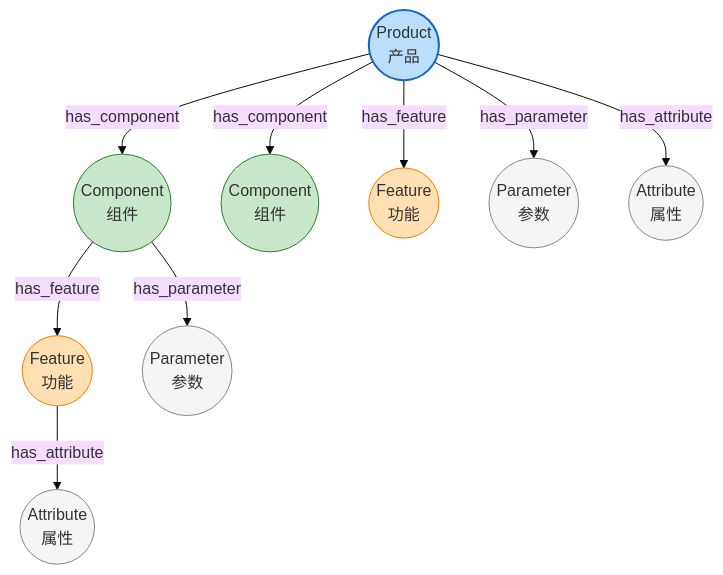
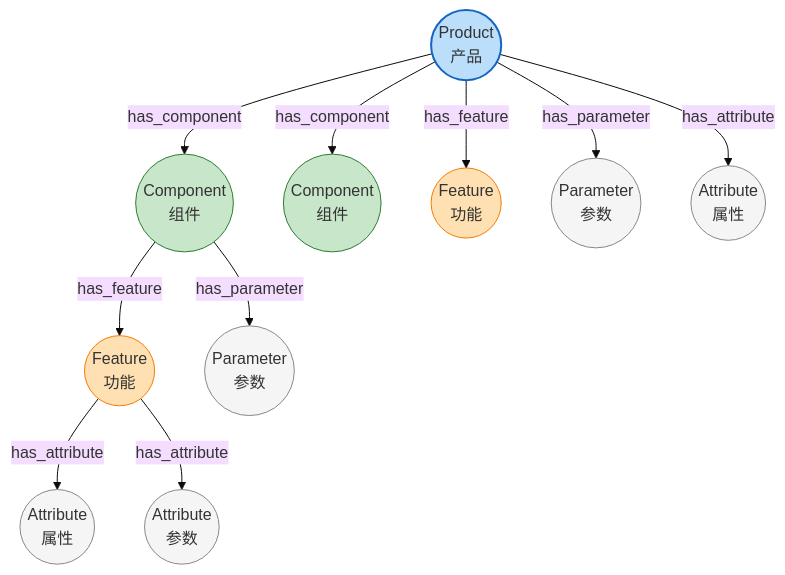
One commit to chuansuo12/RAG-Anything changed the fifth of 6 diagrams in docs/chapter3_schema_driven_kg_enhancement.md. Above: the diagram before and after it, drawn with Mermaid (base theme). The commit also changed other lines of this file and 8 other files, not shown here.

````diff
--- a/docs/chapter3_schema_driven_kg_enhancement.md
+++ b/docs/chapter3_schema_driven_kg_enhancement.md
@@ -264,34 +268,39 @@
 ```mermaid
 flowchart TB
     P(("Product\n产品"))
 
     C1(("Component\n组件"))
     C2(("Component\n组件"))
 
     F1(("Feature\n功能"))
     F2(("Feature\n功能"))
 
     PA1(("Parameter\n参数"))
     AT1(("Attribute\n属性"))
     PA2(("Parameter\n参数"))
     AT2(("Attribute\n属性"))
+    AT3(("Attribute\n参数"))
+
 
     P -->|"has_component"| C1
     P -->|"has_component"| C2
     C1 -->|"has_feature"| F1
     P -->|"has_feature"| F2
     C1 -->|"has_parameter"| PA1
     F1 -->|"has_attribute"| AT1
     P -->|"has_parameter"| PA2
     P -->|"has_attribute"| AT2
+    F1 -->|"has_attribute"| AT3
+
 
     style P fill:#bbdefb,stroke:#1565c0,stroke-width:2px
     style C1 fill:#c8e6c9,stroke:#2e7d32
     style C2 fill:#c8e6c9,stroke:#2e7d32
     style F1 fill:#ffe0b2,stroke:#f57c00
     style F2 fill:#ffe0b2,stroke:#f57c00
     style PA1 fill:#f5f5f5,stroke:#888
     style PA2 fill:#f5f5f5,stroke:#888
     style AT1 fill:#f5f5f5,stroke:#888
     style AT2 fill:#f5f5f5,stroke:#888
+    style AT3 fill:#f5f5f5,stroke:#888
 ```
````
